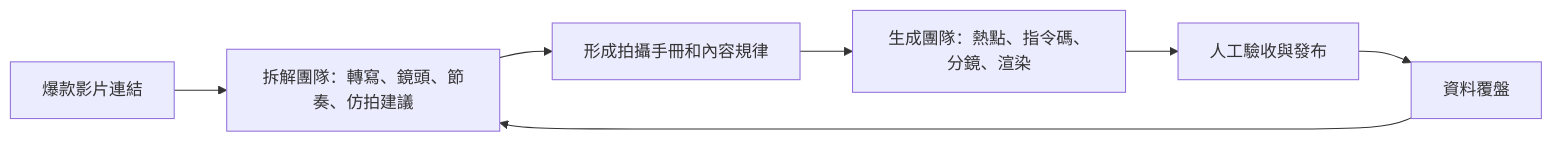
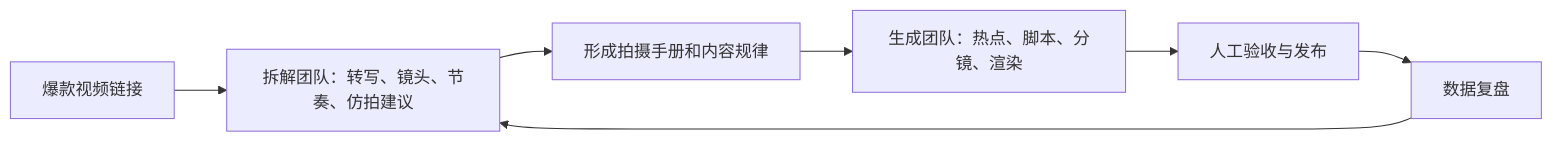
One commit to the-beating-light-of-the-nail/ai-tools-guide-site changed the diagram in docs/zh-tw/workbuddy/case-video-team/index.md. Above: the diagram before and after it, drawn with Mermaid. The commit also changed other lines of this file and 136 other files, not shown here.

````diff
--- a/docs/zh-tw/workbuddy/case-video-team/index.md
+++ b/docs/zh-tw/workbuddy/case-video-team/index.md
@@ -99,9 +105,9 @@
 ```mermaid
 flowchart LR
-    A[爆款影片連結] --> B[拆解團隊：轉寫、鏡頭、節奏、仿拍建議]
-    B --> C[形成拍攝手冊和內容規律]
-    C --> D[生成團隊：熱點、指令碼、分鏡、渲染]
-    D --> E[人工驗收與發布]
-    E --> F[資料覆盤]
+    A[爆款视频链接] --> B[拆解团队：转写、镜头、节奏、仿拍建议]
+    B --> C[形成拍摄手册和内容规律]
+    C --> D[生成团队：热点、脚本、分镜、渲染]
+    D --> E[人工验收与发布]
+    E --> F[数据复盘]
     F --> B
 ```
````
